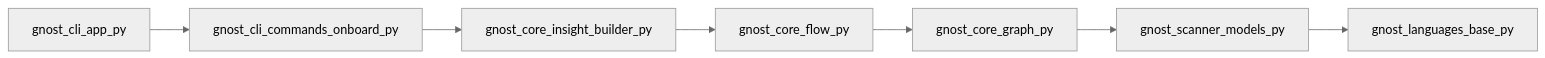
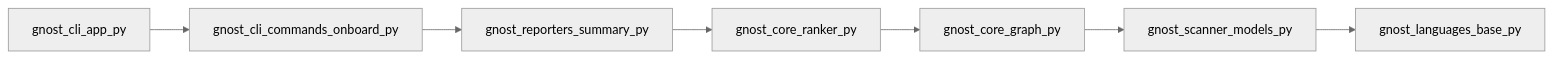
The third of 3 diagrams in flow/entry-paths.md (mohdzain98/gnost), drawn with Mermaid (neutral theme) before and after one commit. The commit also changed other lines of this file and 6 other files, not shown here.

````diff
--- a/flow/entry-paths.md
+++ b/flow/entry-paths.md
@@ -37,9 +37,9 @@
 ```mermaid
 flowchart LR
   gnost_cli_app_py --> gnost_cli_commands_onboard_py
-  gnost_cli_commands_onboard_py --> gnost_core_insight_builder_py
-  gnost_core_insight_builder_py --> gnost_core_flow_py
-  gnost_core_flow_py --> gnost_core_graph_py
+  gnost_cli_commands_onboard_py --> gnost_reporters_summary_py
+  gnost_reporters_summary_py --> gnost_core_ranker_py
+  gnost_core_ranker_py --> gnost_core_graph_py
   gnost_core_graph_py --> gnost_scanner_models_py
   gnost_scanner_models_py --> gnost_languages_base_py
 ```
````
